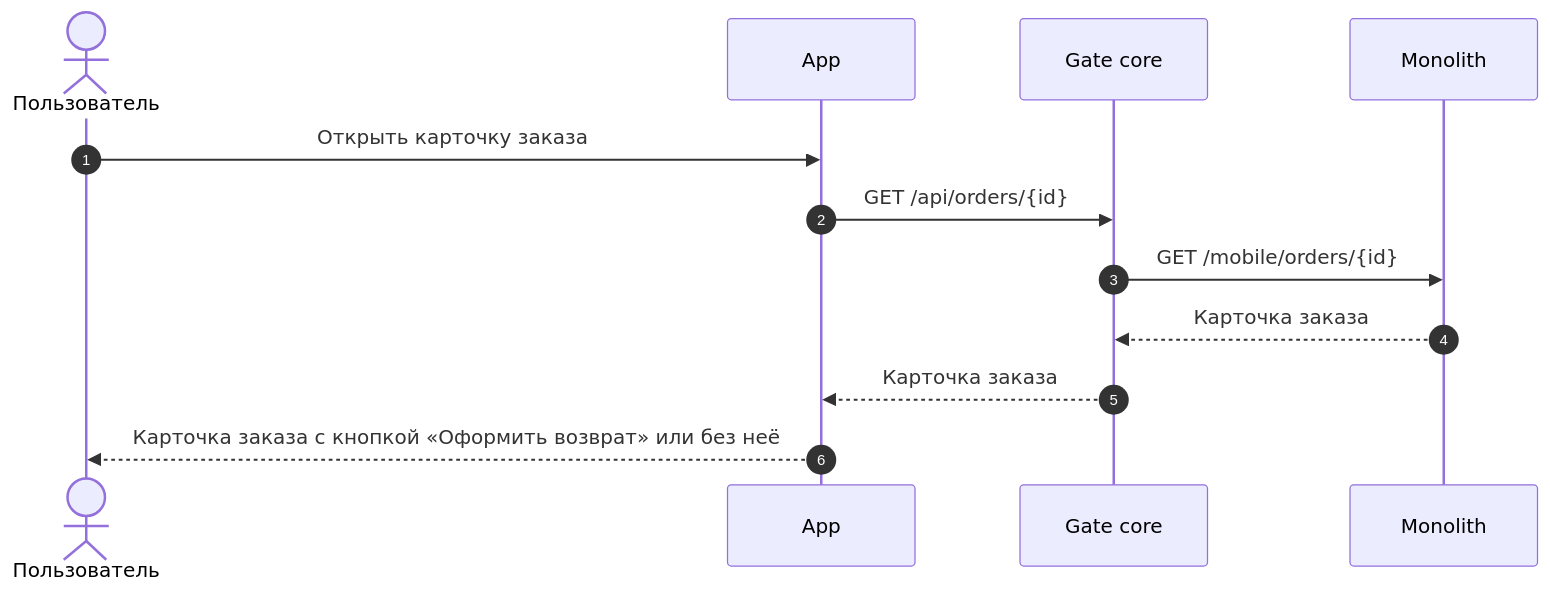
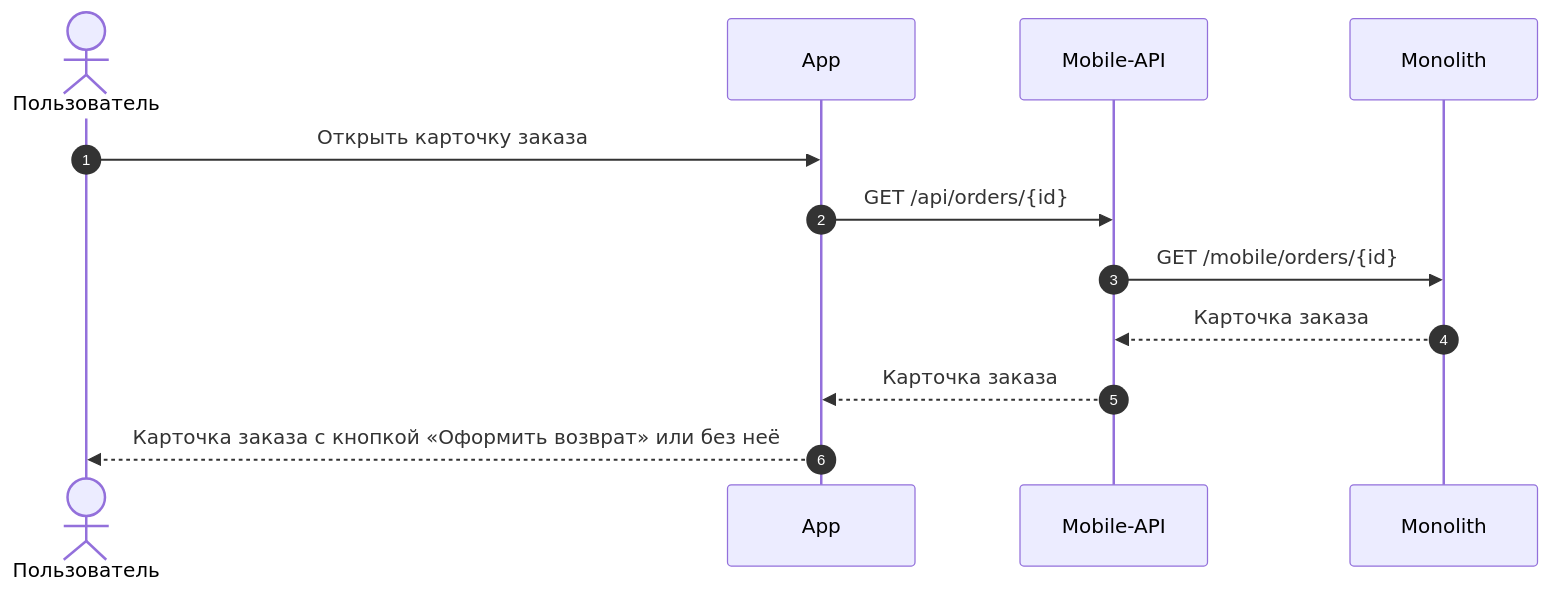
Before and after one commit to Terinss155/opencode-agents-analysis: the first of 7 diagrams in projects/returns-2.0/requirements/srs/srs-mobile.md, drawn with Mermaid. The commit also changed other lines of this file and 2 other files, not shown here.

````diff
--- a/projects/returns-2.0/requirements/srs/srs-mobile.md
+++ b/projects/returns-2.0/requirements/srs/srs-mobile.md
@@ -53,16 +50,15 @@
 ```mermaid
 sequenceDiagram
     autonumber
-
     actor U as Пользователь
     participant APP as App
-    participant GWC as Gate core
+    participant API as Mobile-API
     participant MON as Monolith
 
     U->>APP: Открыть карточку заказа
-    APP->>GWC: GET /api/orders/{id}
-    GWC->>MON: GET /mobile/orders/{id}
-    MON-->>GWC: Карточка заказа
-    GWC-->>APP: Карточка заказа
+    APP->>API: GET /api/orders/{id}
+    API->>MON: GET /mobile/orders/{id}
+    MON-->>API: Карточка заказа
+    API-->>APP: Карточка заказа
     APP-->>U: Карточка заказа с кнопкой «Оформить возврат» или без неё
 ```
````
